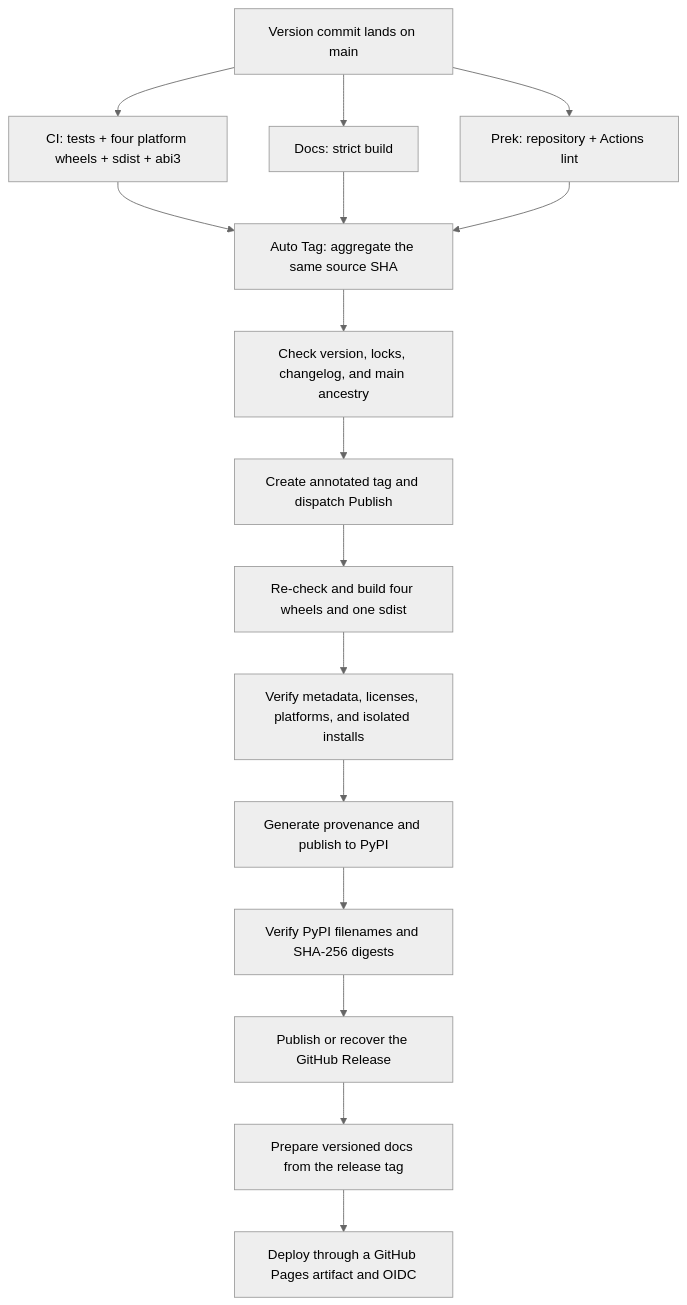
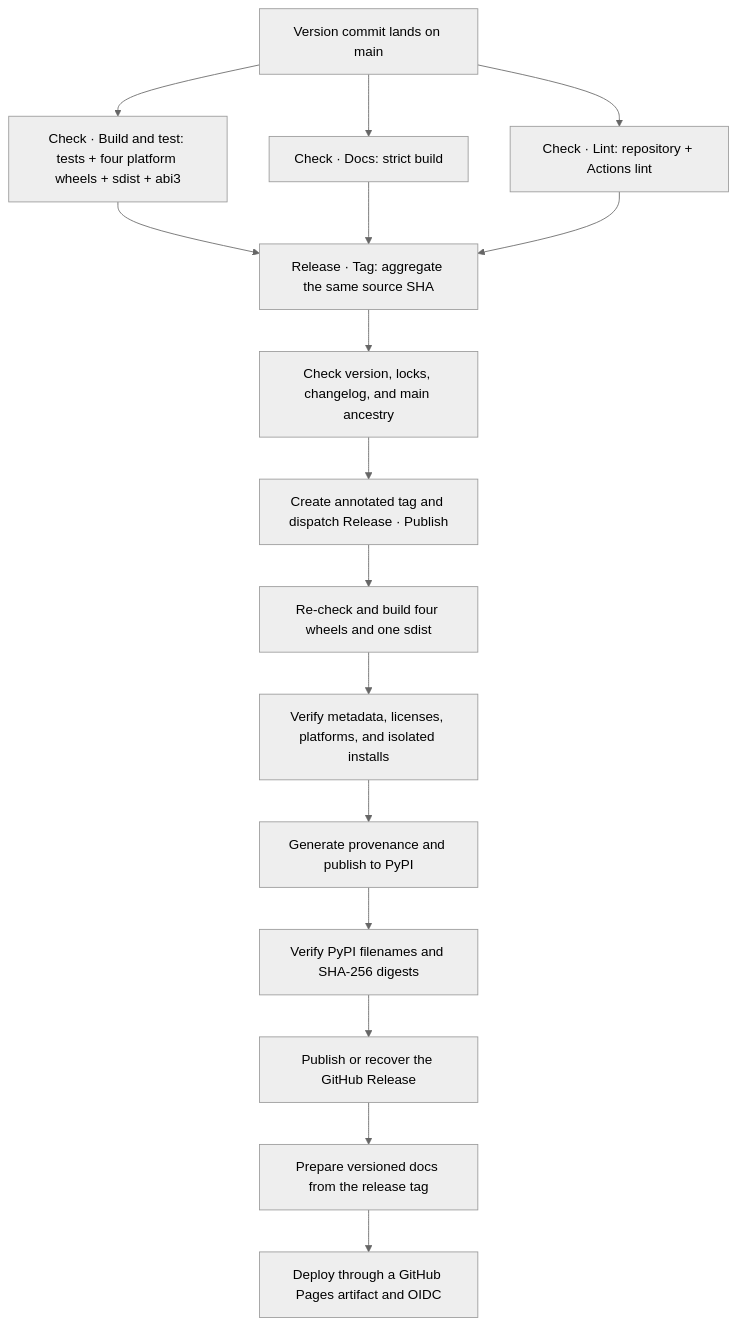
One commit to BalconyJH/takumi-py changed the diagram in docs/en/maintainers/releasing.md. Above: the diagram before and after it, drawn with Mermaid (neutral theme). The commit also changed other lines of this file and 2 other files, not shown here.

````diff
--- a/docs/en/maintainers/releasing.md
+++ b/docs/en/maintainers/releasing.md
@@ -64,18 +65,18 @@
 ```mermaid
 flowchart TD
-    M["Version commit lands on main"] --> C["CI: tests + four platform wheels + sdist + abi3"]
-    M --> D["Docs: strict build"]
-    M --> K["Prek: repository + Actions lint"]
-    C --> T["Auto Tag: aggregate the same source SHA"]
+    M["Version commit lands on main"] --> C["Check · Build and test: tests + four platform wheels + sdist + abi3"]
+    M --> D["Check · Docs: strict build"]
+    M --> K["Check · Lint: repository + Actions lint"]
+    C --> T["Release · Tag: aggregate the same source SHA"]
     D --> T
     K --> T
     T --> V["Check version, locks, changelog, and main ancestry"]
-    V --> G["Create annotated tag and dispatch Publish"]
+    V --> G["Create annotated tag and dispatch Release · Publish"]
     G --> B["Re-check and build four wheels and one sdist"]
     B --> A["Verify metadata, licenses, platforms, and isolated installs"]
     A --> P["Generate provenance and publish to PyPI"]
     P --> H["Verify PyPI filenames and SHA-256 digests"]
     H --> R["Publish or recover the GitHub Release"]
     R --> X["Prepare versioned docs from the release tag"]
     X --> Y["Deploy through a GitHub Pages artifact and OIDC"]
 ```
````
